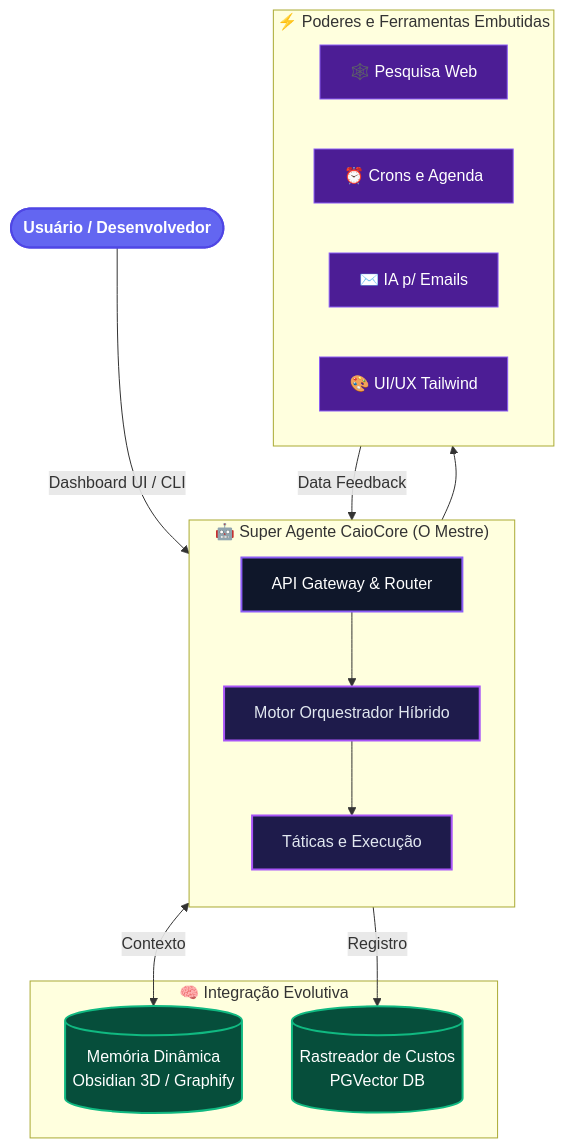
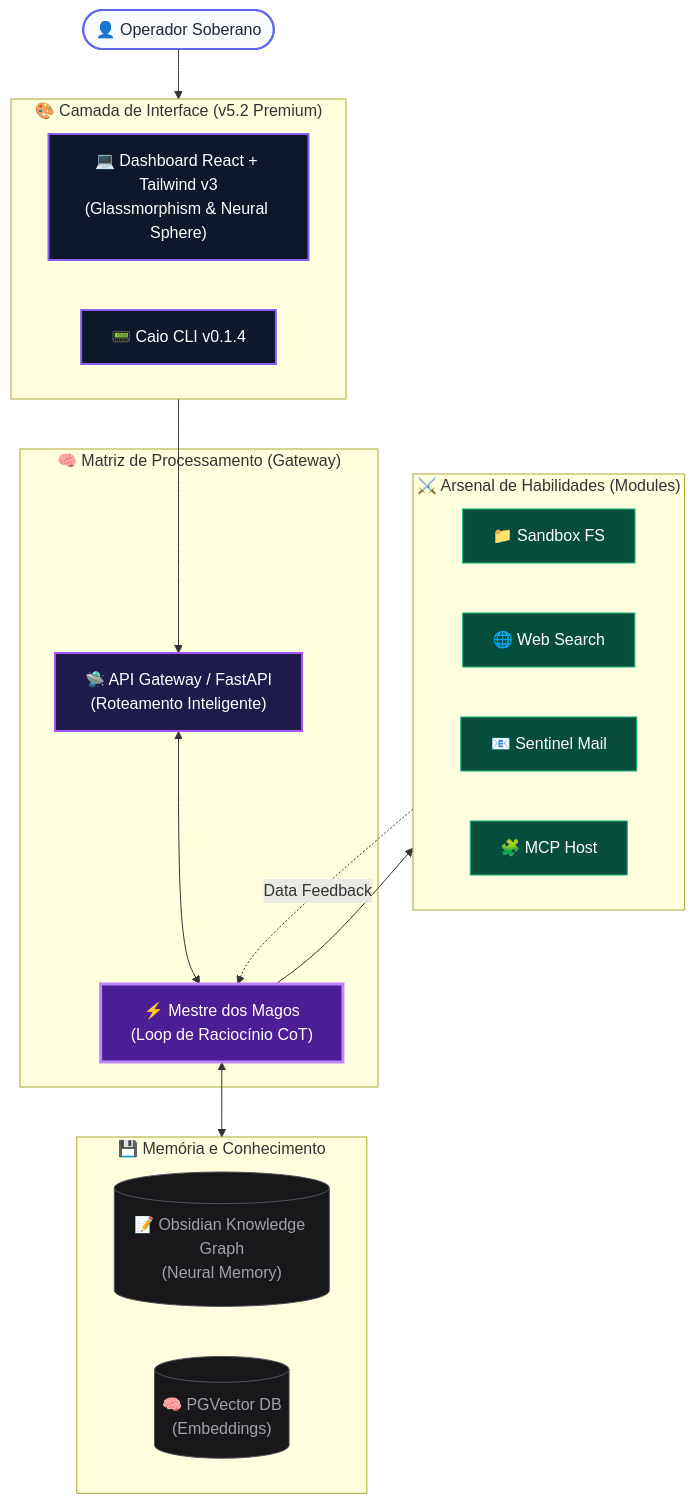
The first of 2 diagrams in README.md (gleisson-santos/agente_caio), drawn with Mermaid before and after one commit. The commit also changed other lines of this file, not shown here.

Commit message:
docs: overhaul README with high-impact architecture and neural memory diagrams v5.2

````diff
--- a/README.md
+++ b/README.md
@@ -26,39 +26,46 @@
 ```mermaid
-graph TD
-    %% Estilização do Diagrama
-    classDef user fill:#6366f1,stroke:#4f46e5,stroke-width:2px,color:#fff,font-weight:bold;
-    classDef core fill:#0f172a,stroke:#8b5cf6,stroke-width:2px,color:#fff;
-    classDef system fill:#1e1b4b,stroke:#a855f7,stroke-width:2px,color:#e2e8f0;
-    classDef db fill:#064e3b,stroke:#10b981,stroke-width:2px,color:#fff;
-    classDef tool fill:#4c1d95,stroke:#8b5cf6,stroke-width:1px,color:#fff;
+graph TB
+    %% Definitions
+    classDef user fill:#f8fafc,stroke:#6366f1,stroke-width:2px,color:#1e293b
+    classDef frontend fill:#0f172a,stroke:#8b5cf6,stroke-width:2px,color:#fff
+    classDef gateway fill:#1e1b4b,stroke:#a855f7,stroke-width:2px,color:#fff
+    classDef orchestrator fill:#4c1d95,stroke:#c084fc,stroke-width:3px,color:#fff
+    classDef tool fill:#064e3b,stroke:#10b981,stroke-width:1px,color:#fff
+    classDef db fill:#18181b,stroke:#52525b,stroke-width:1px,color:#a1a1aa
 
-    User([Usuário / Desenvolvedor]):::user -->|Dashboard UI / CLI| Gateway[API Gateway & Router]:::core
+    %% Nodes
+    User([👤 Operador Soberano]):::user
     
-    subgraph CaioCore ["🤖 Super Agente CaioCore (O Mestre)"]
-        direction TB
-        Orchestrator[Motor Orquestrador Híbrido]:::system
-        ActionPlanner[Táticas e Execução]:::system
-        
-        Gateway --> Orchestrator
-        Orchestrator --> ActionPlanner
-    end
-    
-    subgraph Memories ["🧠 Integração Evolutiva"]
-        Obsidian[(Memória Dinâmica\nObsidian 3D / Graphify)]:::db
-        Tokens[(Rastreador de Custos\nPGVector DB)]:::db
+    subgraph UI_Layer ["🎨 Camada de Interface (v5.2 Premium)"]
+        Dashboard["💻 Dashboard React + Tailwind v3<br/>(Glassmorphism & Neural Sphere)"]:::frontend
+        CLI["📟 Caio CLI v0.1.4"]:::frontend
     end
 
-    Orchestrator <-->|Contexto| Obsidian
-    Orchestrator -->|Registro| Tokens
+    subgraph Core_Engine ["🧠 Matriz de Processamento (Gateway)"]
+        Router["🛸 API Gateway / FastAPI<br/>(Roteamento Inteligente)"]:::gateway
+        Orchestrator["⚡ Mestre dos Magos<br/>(Loop de Raciocínio CoT)"]:::orchestrator
+    end
+
+    subgraph Arsenal ["⚔️ Arsenal de Habilidades (Modules)"]
+        direction LR
+        Files["📁 Sandbox FS"]:::tool
+        Search["🌐 Web Search"]:::tool
+        Mail["📧 Sentinel Mail"]:::tool
+        MCP["🧩 MCP Host"]:::tool
+    end
+
+    subgraph Persistence ["💾 Memória e Conhecimento"]
+        Obsidian[("📝 Obsidian Knowledge Graph<br/>(Neural Memory)")]:::db
+        Vector[("🧠 PGVector DB<br/>(Embeddings)")]:::db
+    end
+
+    %% Connections
+    User --> UI_Layer
+    UI_Layer --> Router
+    Router <--> Orchestrator
+    Orchestrator --> Arsenal
+    Orchestrator <--> Persistence
     
-    subgraph Tools ["⚡ Poderes e Ferramentas Embutidas"]
-        direction LR
-        WebSearch[🕸️ Pesquisa Web]:::tool
-        Cron[⏰ Crons e Agenda]:::tool
-        Mail[✉️ IA p/ Emails]:::tool
-        UXUI[🎨 UI/UX Tailwind]:::tool
-    end
-    
-    ActionPlanner --> Tools
-    Tools --> |Data Feedback| Orchestrator
+    %% Feedback
+    Arsenal -.->|Data Feedback| Orchestrator
 ```
````
